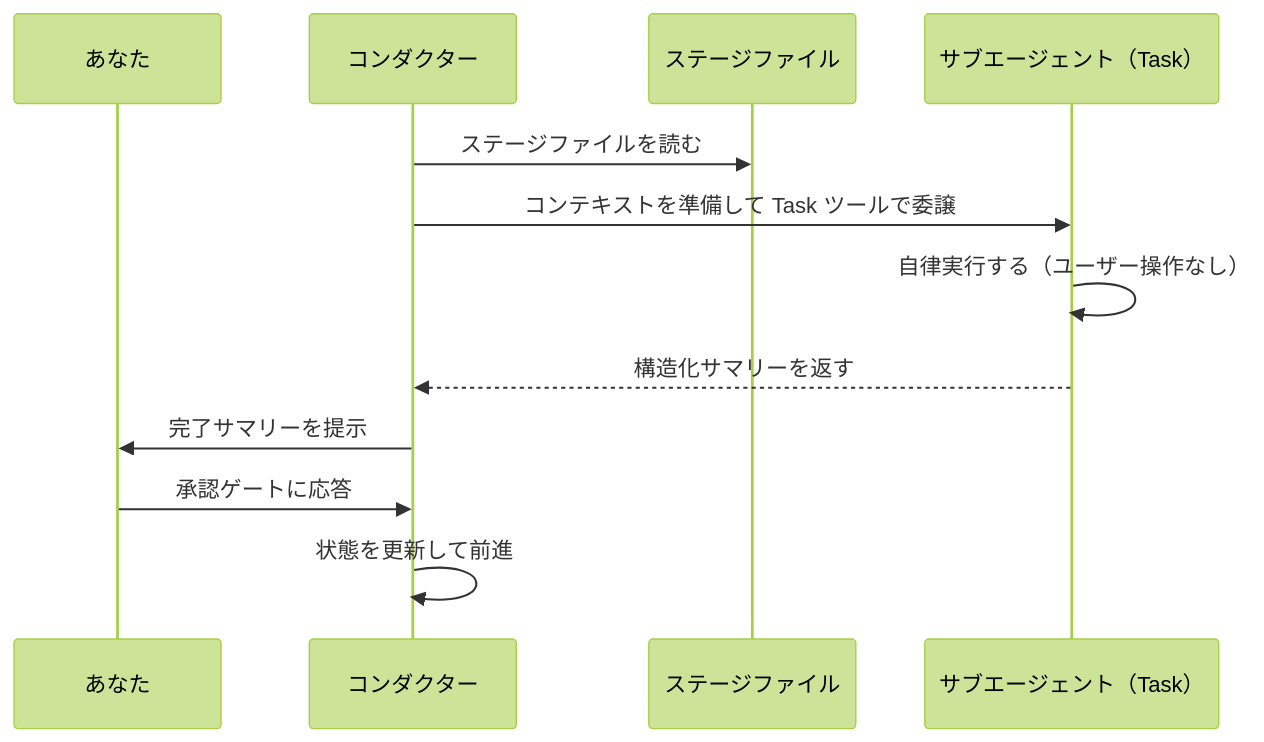
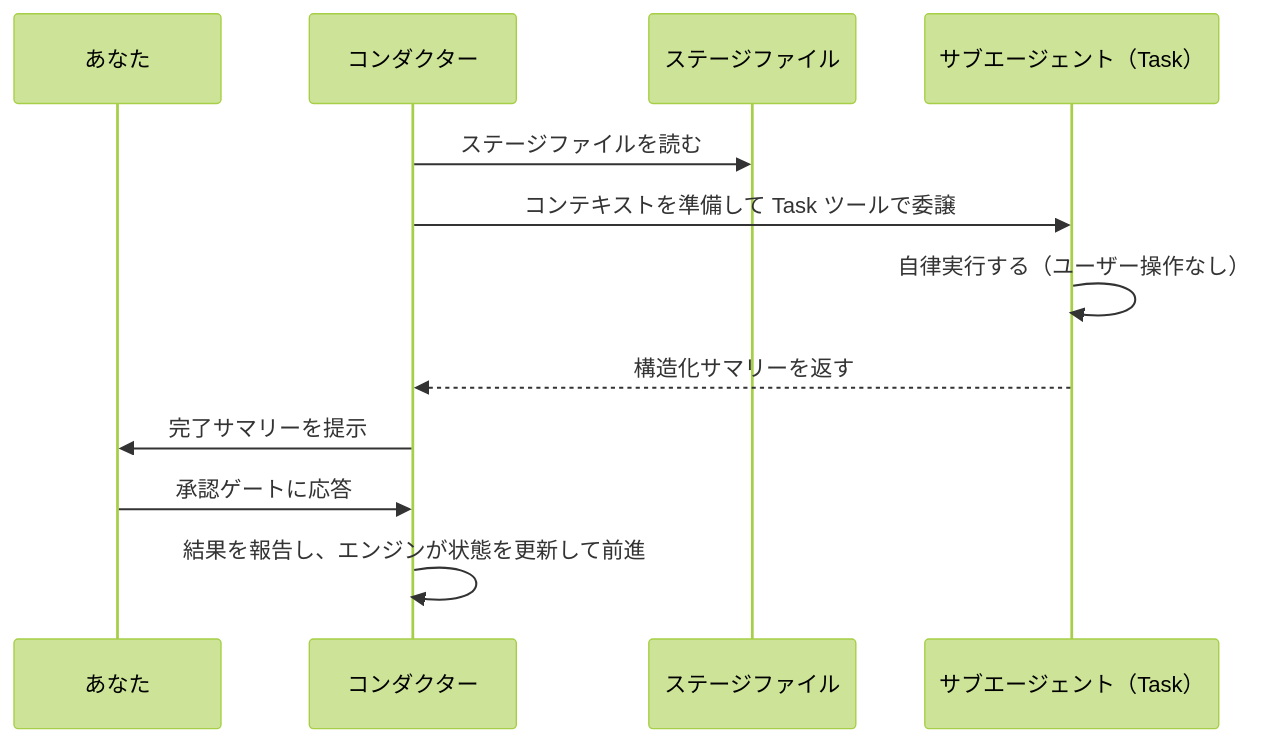
The second of 2 diagrams in docs/guide/02-your-first-workflow.mdx (otomatty/aidlc-workflows-docs), drawn with Mermaid (forest theme) before and after one commit. The commit also changed other lines of this file and 71 other files, not shown here.

````diff
--- a/docs/guide/02-your-first-workflow.mdx
+++ b/docs/guide/02-your-first-workflow.mdx
@@ -232,15 +232,15 @@
 ```mermaid
 sequenceDiagram
     participant U as あなた
     participant O as コンダクター
     participant S as ステージファイル
     participant T as サブエージェント（Task）
 
     O->>S: ステージファイルを読む
     O->>T: コンテキストを準備して Task ツールで委譲
     T->>T: 自律実行する（ユーザー操作なし）
     T-->>O: 構造化サマリーを返す
     O->>U: 完了サマリーを提示
     U->>O: 承認ゲートに応答
-    O->>O: 状態を更新して前進
+    O->>O: 結果を報告し、エンジンが状態を更新して前進
 ```
````
